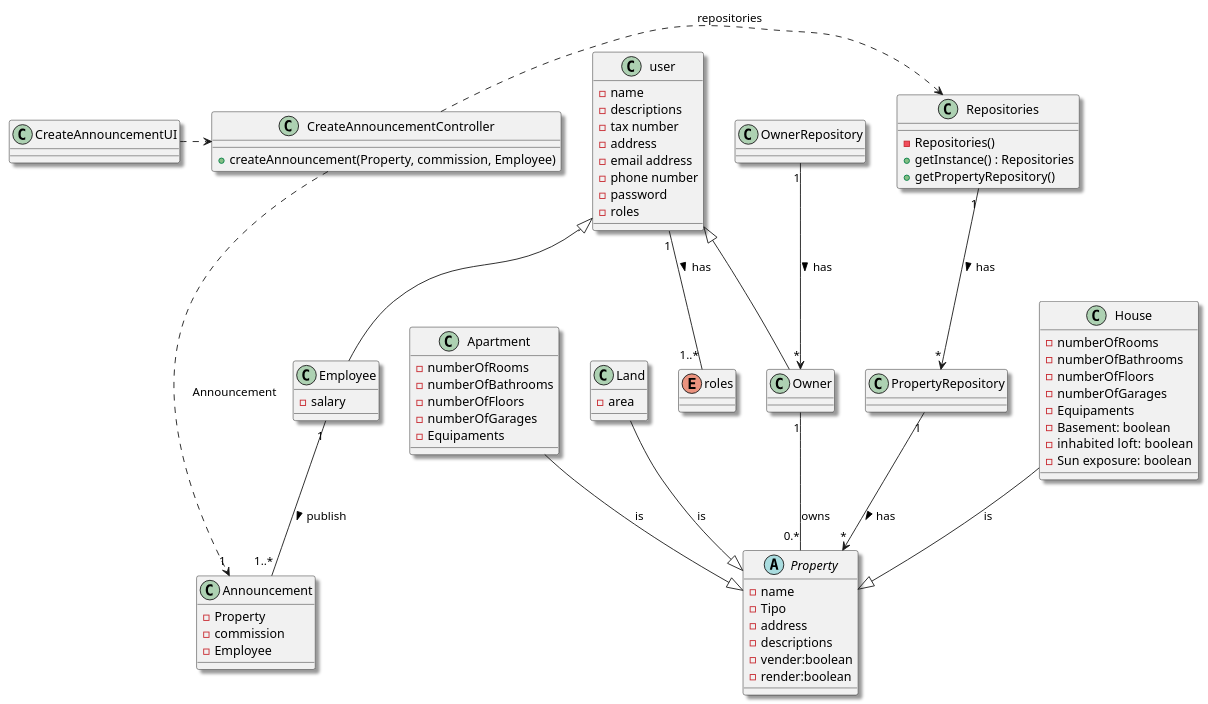
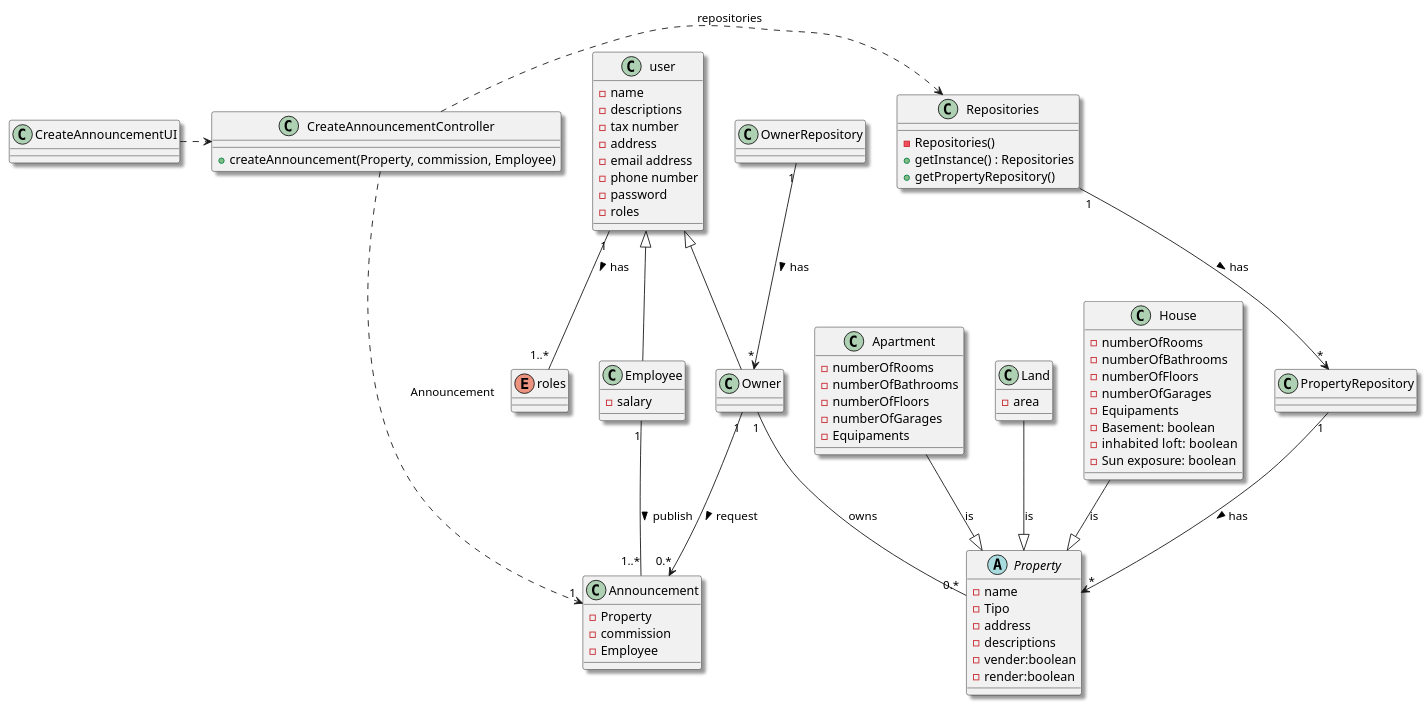
One commit to hugosilva2901/lei-22-s2-1DO-g68 changed the diagram in lei-22-s2-1do-g68/docs/SprintB/us002/03.design/puml/us002-class-diagram.puml. Above: the diagram before and after it, drawn with PlantUML. The commit also changed 5 other files, not shown here.

Commit message:
mudanças nos diagramas e na classe owner e adicionar classes de announcement

```diff
--- a/lei-22-s2-1do-g68/docs/SprintB/us002/03.design/puml/us002-class-diagram.puml
+++ b/lei-22-s2-1do-g68/docs/SprintB/us002/03.design/puml/us002-class-diagram.puml
@@ -1,101 +1,102 @@
 @startuml
 skinparam monochrome false
 skinparam packageStyle rectangle
 skinparam shadowing true
 top to bottom direction
 
 skinparam classAttributeIconSize "2"
 
 class House{
     - numberOfRooms
     - numberOfBathrooms
     - numberOfFloors
     - numberOfGarages
     - Equipaments
     - Basement: boolean
     - inhabited  loft: boolean
     - Sun exposure: boolean
 }
 class Apartment{
     - numberOfRooms
     - numberOfBathrooms
     - numberOfFloors
     - numberOfGarages
     - Equipaments
 
 }
 class Land{
     - area
 }
 abstract class Property {
     - name
     - Tipo
     - address
     - descriptions
     - vender:boolean
     - render:boolean
 }
 
 class Repositories {
     - Repositories()
     + getInstance() : Repositories
     + getPropertyRepository()
 
 }
 class CreateAnnouncementUI{
 }
 
 class CreateAnnouncementController{
     + createAnnouncement(Property, commission, Employee)
 }
 class PropertyRepository{
 
 }
 
 class Owner extends user{
 }
 
 class Employee extends user{
     -salary
 }
 
 class user{
     - name
     - descriptions
     - tax number
     - address
     - email address
     - phone number
     - password
     - roles
 
 }
 
 enum roles{
 
 }
 
 class Announcement{
     -Property
     -commission
     -Employee
 }
 
 class OwnerRepository{
 
 }
 
 CreateAnnouncementUI .> CreateAnnouncementController
 CreateAnnouncementController .> Repositories : repositories
 Repositories "1" --> "*" PropertyRepository : has >
 PropertyRepository "1" --> "*" Property : has >
 House  --|>  Property  : is
 Apartment  --|>  Property : is
 Land  --|>  Property : is
 Owner "1"--"0.*" Property: owns
 user "1"--"1..*" roles : has >
 Employee "1"--"1..*" Announcement : publish >
 CreateAnnouncementController ..> "1" Announcement : Announcement
 OwnerRepository "1" --> "*" Owner : has >
+Owner "1" --> "0.*" Announcement : request >
 
 @enduml
```
